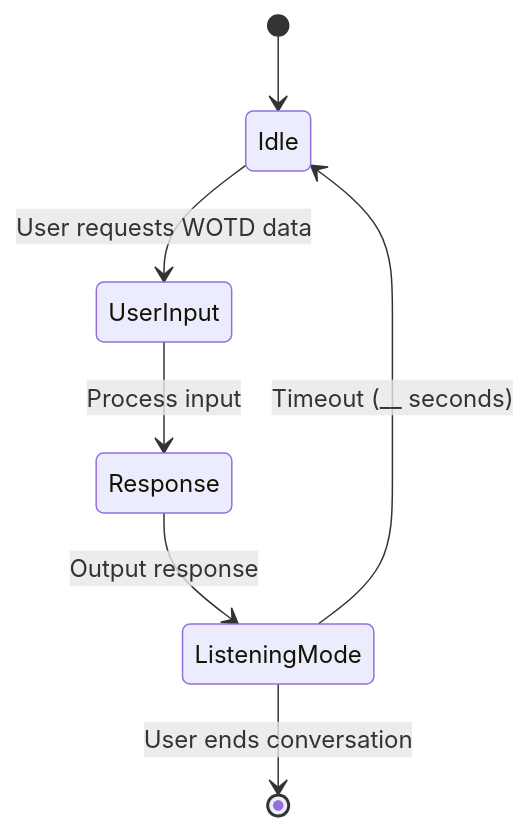
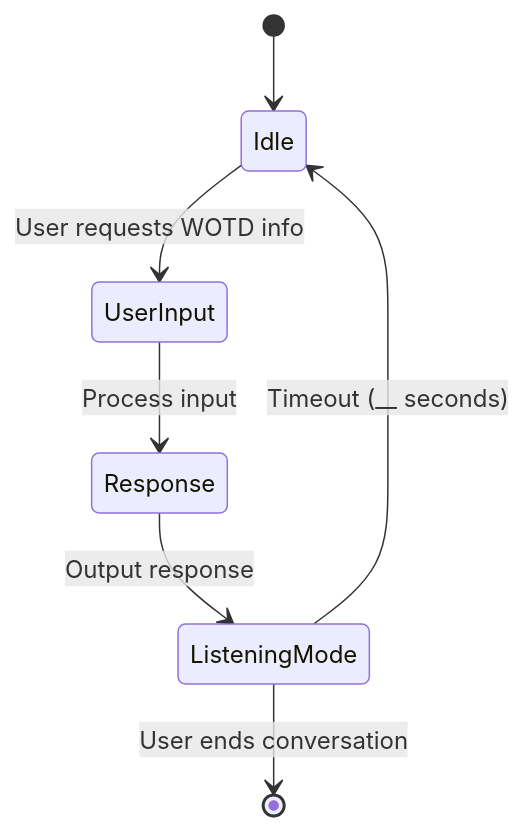
The first of 2 diagrams in Lab 3/README.md (ji227/Jesse-Iriah-s-Lab-Hub), drawn with Mermaid before and after one commit. The commit also changed other lines of this file, not shown here.

````diff
--- a/Lab 3/README.md
+++ b/Lab 3/README.md
@@ -49,9 +49,9 @@
 ```mermaid
 stateDiagram-v2
     [*] --> Idle
-    Idle --> UserInput : User requests WOTD data
+    Idle --> UserInput : User requests WOTD info
     UserInput --> Response : Process input 
     Response --> ListeningMode : Output response
     ListeningMode --> Idle : Timeout (__ seconds)
     ListeningMode --> [*] : User ends conversation
 ```
````
